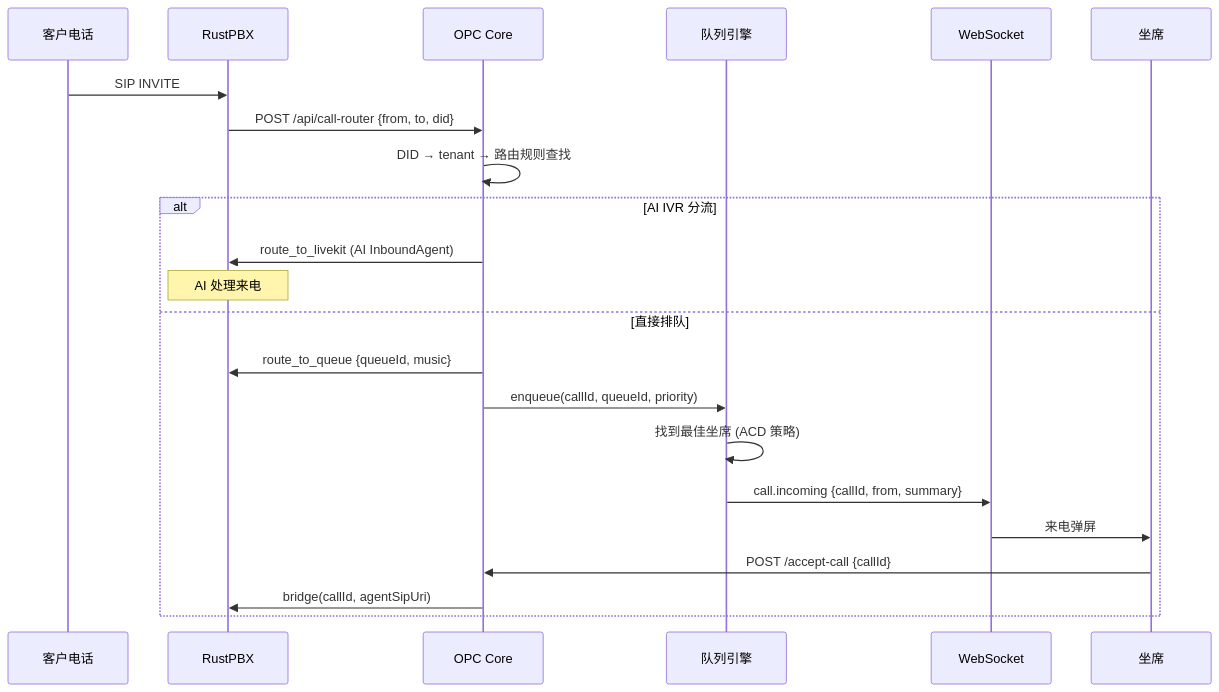
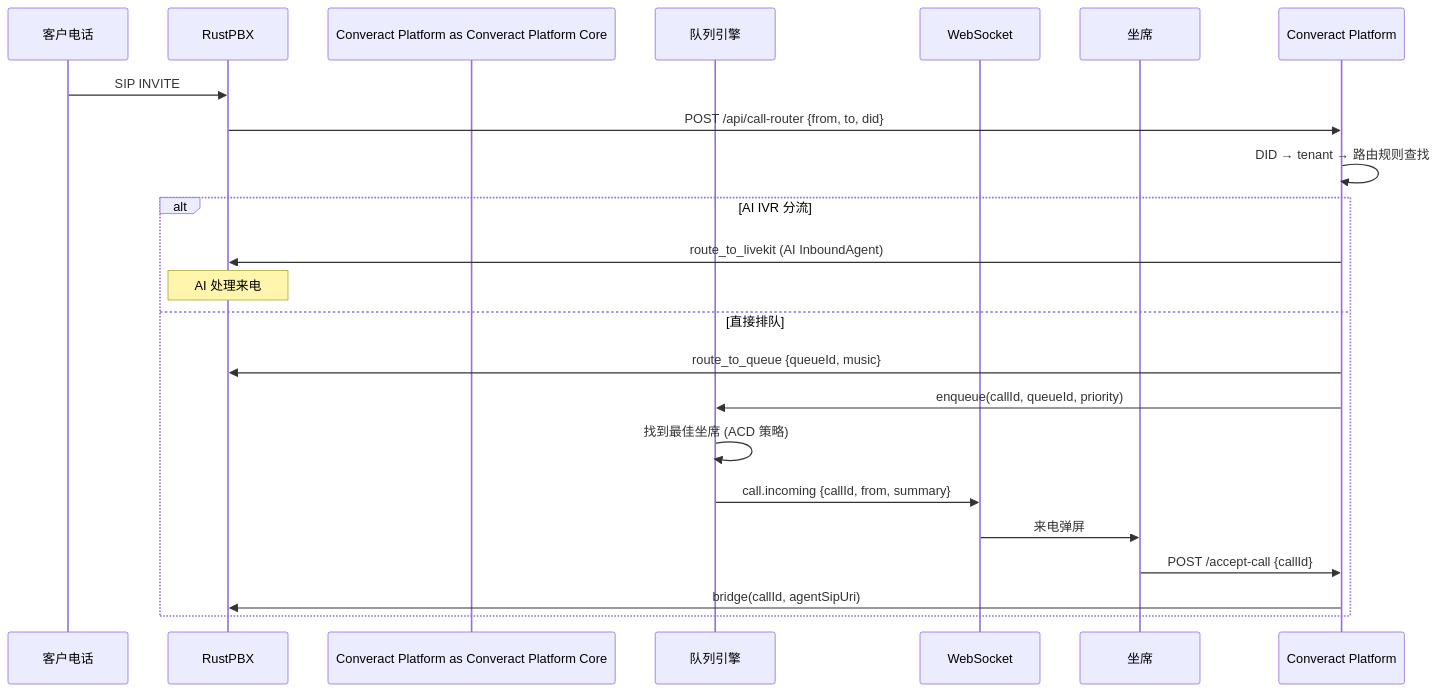
The second of 2 diagrams in docs/design/architecture-v3.md (songgoldenwind-crypto/converact-platform), drawn with Mermaid before and after one commit. The commit also changed other lines of this file and 1807 other files, not shown here.

````diff
--- a/docs/design/architecture-v3.md
+++ b/docs/design/architecture-v3.md
@@ -909,26 +909,26 @@
 ```mermaid
 sequenceDiagram
     participant PSTN as 客户电话
     participant RPX as RustPBX
-    participant OPC as OPC Core
+    participant Converact Platform as Converact Platform Core
     participant Q as 队列引擎
     participant WS as WebSocket
     participant Agent as 坐席
 
     PSTN->>RPX: SIP INVITE
-    RPX->>OPC: POST /api/call-router {from, to, did}
-    OPC->>OPC: DID → tenant → 路由规则查找
+    RPX->>Converact Platform: POST /api/call-router {from, to, did}
+    Converact Platform->>Converact Platform: DID → tenant → 路由规则查找
     
     alt AI IVR 分流
-        OPC->>RPX: route_to_livekit (AI InboundAgent)
+        Converact Platform->>RPX: route_to_livekit (AI InboundAgent)
         Note over RPX: AI 处理来电
     else 直接排队
-        OPC->>RPX: route_to_queue {queueId, music}
-        OPC->>Q: enqueue(callId, queueId, priority)
+        Converact Platform->>RPX: route_to_queue {queueId, music}
+        Converact Platform->>Q: enqueue(callId, queueId, priority)
         Q->>Q: 找到最佳坐席 (ACD 策略)
         Q->>WS: call.incoming {callId, from, summary}
         WS->>Agent: 来电弹屏
-        Agent->>OPC: POST /accept-call {callId}
-        OPC->>RPX: bridge(callId, agentSipUri)
+        Agent->>Converact Platform: POST /accept-call {callId}
+        Converact Platform->>RPX: bridge(callId, agentSipUri)
     end
 ```
````
